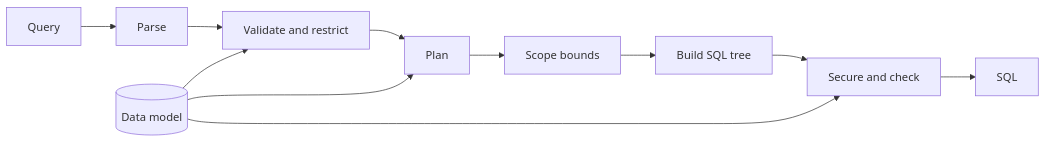
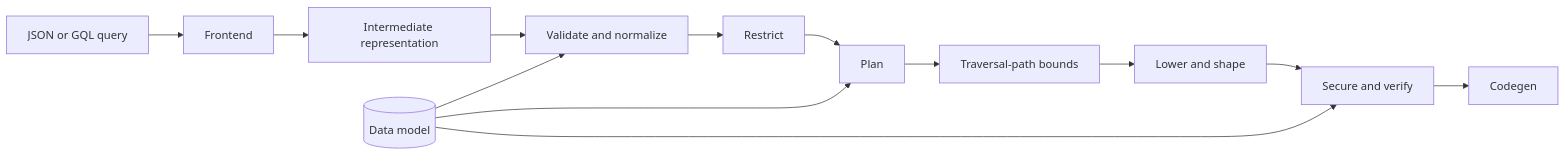
Before and after one commit to gitlabhq/orbit-knowledge-graph: the first of 26 diagrams in docs/pages/engineering/architecture/query-engine.md, drawn with Mermaid. The commit also changed other lines of this file and 2 other files, not shown here.

Commit message:
docs(architecture): tighten the querying pages and add the engine walkthrough

````diff
--- a/docs/pages/engineering/architecture/query-engine.md
+++ b/docs/pages/engineering/architecture/query-engine.md
@@ -21,10 +33,15 @@
 ```mermaid
 flowchart LR
-    Query --> Parse --> Check[Validate and restrict]
-    Check --> Plan --> Bound[Scope bounds]
-    Bound --> Build[Build SQL tree] --> Secure[Secure and check]
-    Secure --> SQL
-    Model[(Data model)] --> Check
+    Query[JSON or GQL query] --> Frontend
+    Frontend --> IR[Intermediate representation]
+    IR --> Validate[Validate and normalize]
+    Validate --> Restrict
+    Restrict --> Plan
+    Plan --> Bounds[Traversal-path bounds]
+    Bounds --> Lower[Lower and shape]
+    Lower --> Secure[Secure and verify]
+    Secure --> Codegen
+    Model[(Data model)] --> Validate
     Model --> Plan
     Model --> Secure
 ```
````
